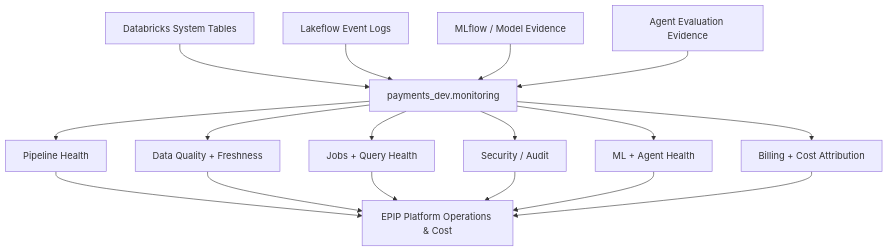
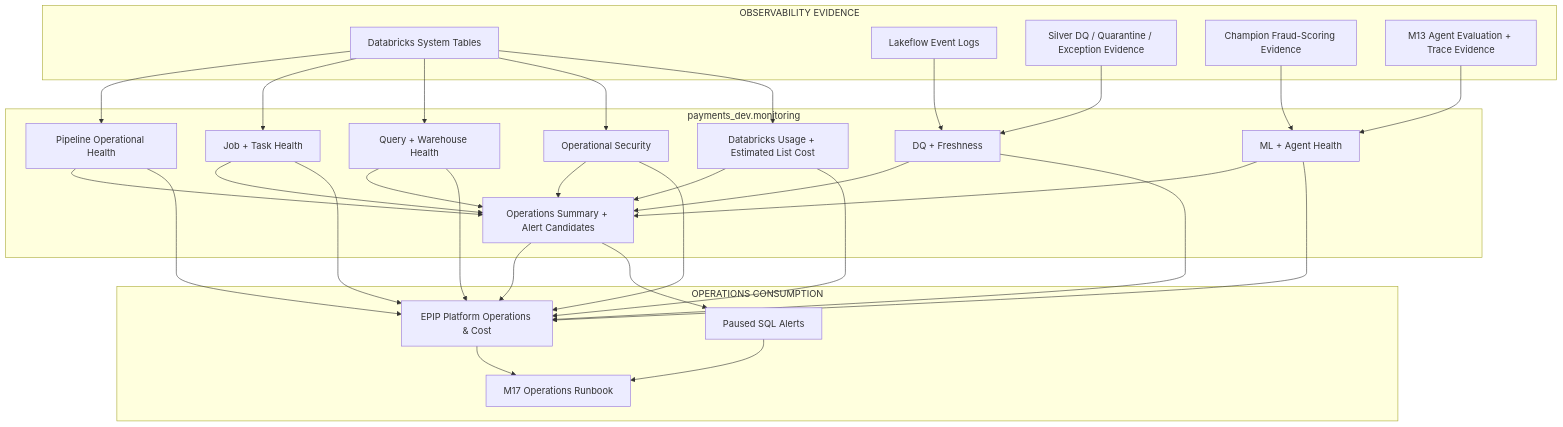
One commit to tejajampala/enterprise-payments-intelligence-platform changed the diagram in docs/architecture/monitoring-cost-architecture.md. Above: the diagram before and after it, drawn with Mermaid. The commit also changed other lines of this file and 17 other files, not shown here.

Commit message:
complete EPIP monitoring and cost optimisation

````diff
--- a/docs/architecture/monitoring-cost-architecture.md
+++ b/docs/architecture/monitoring-cost-architecture.md
@@ -93,26 +35,61 @@
 ```mermaid
 flowchart TB
-    ST["Databricks System Tables"]
-    EL["Lakeflow Event Logs"]
-    ML["MLflow / Model Evidence"]
-    AE["Agent Evaluation Evidence"]
 
-    ST --> MON["payments_dev.monitoring"]
-    EL --> MON
-    ML --> MON
-    AE --> MON
+    subgraph SOURCES["OBSERVABILITY EVIDENCE"]
+        SYS["Databricks System Tables"]
+        EVENT["Lakeflow Event Logs"]
+        DQ["Silver DQ / Quarantine / Exception Evidence"]
+        ML["Champion Fraud-Scoring Evidence"]
+        AGENT["M13 Agent Evaluation + Trace Evidence"]
+    end
 
-    MON --> PIPE["Pipeline Health"]
-    MON --> DQ["Data Quality + Freshness"]
-    MON --> JOB["Jobs + Query Health"]
-    MON --> SEC["Security / Audit"]
-    MON --> AIML["ML + Agent Health"]
-    MON --> COST["Billing + Cost Attribution"]
+    subgraph MON["payments_dev.monitoring"]
+        PIPE["Pipeline Operational Health"]
+        DATA["DQ + Freshness"]
+        JOB["Job + Task Health"]
+        QUERY["Query + Warehouse Health"]
+        SEC["Operational Security"]
+        MLAI["ML + Agent Health"]
+        COST["Databricks Usage + Estimated List Cost"]
+        SUMMARY["Operations Summary + Alert Candidates"]
+    end
 
-    PIPE --> DASH["EPIP Platform Operations & Cost"]
-    DQ --> DASH
+    subgraph CONSUME["OPERATIONS CONSUMPTION"]
+        DASH["EPIP Platform Operations & Cost"]
+        ALERTS["Paused SQL Alerts"]
+        RUNBOOK["M17 Operations Runbook"]
+    end
+
+    SYS --> PIPE
+    SYS --> JOB
+    SYS --> QUERY
+    SYS --> SEC
+    SYS --> COST
+
+    EVENT --> DATA
+    DQ --> DATA
+
+    ML --> MLAI
+    AGENT --> MLAI
+
+    PIPE --> SUMMARY
+    DATA --> SUMMARY
+    JOB --> SUMMARY
+    QUERY --> SUMMARY
+    SEC --> SUMMARY
+    MLAI --> SUMMARY
+    COST --> SUMMARY
+
+    SUMMARY --> DASH
+    PIPE --> DASH
+    DATA --> DASH
     JOB --> DASH
+    QUERY --> DASH
     SEC --> DASH
-    AIML --> DASH
+    MLAI --> DASH
     COST --> DASH
+
+    SUMMARY --> ALERTS
+    DASH --> RUNBOOK
+    ALERTS --> RUNBOOK
 ```
````
